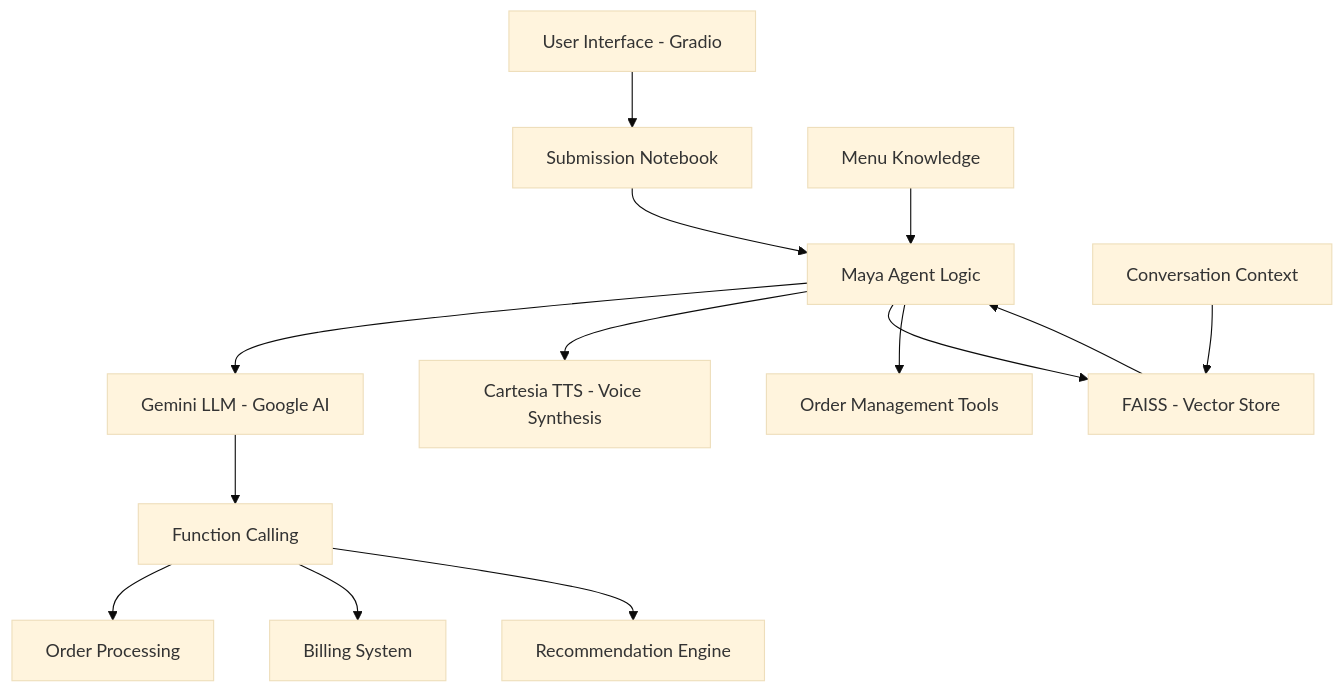
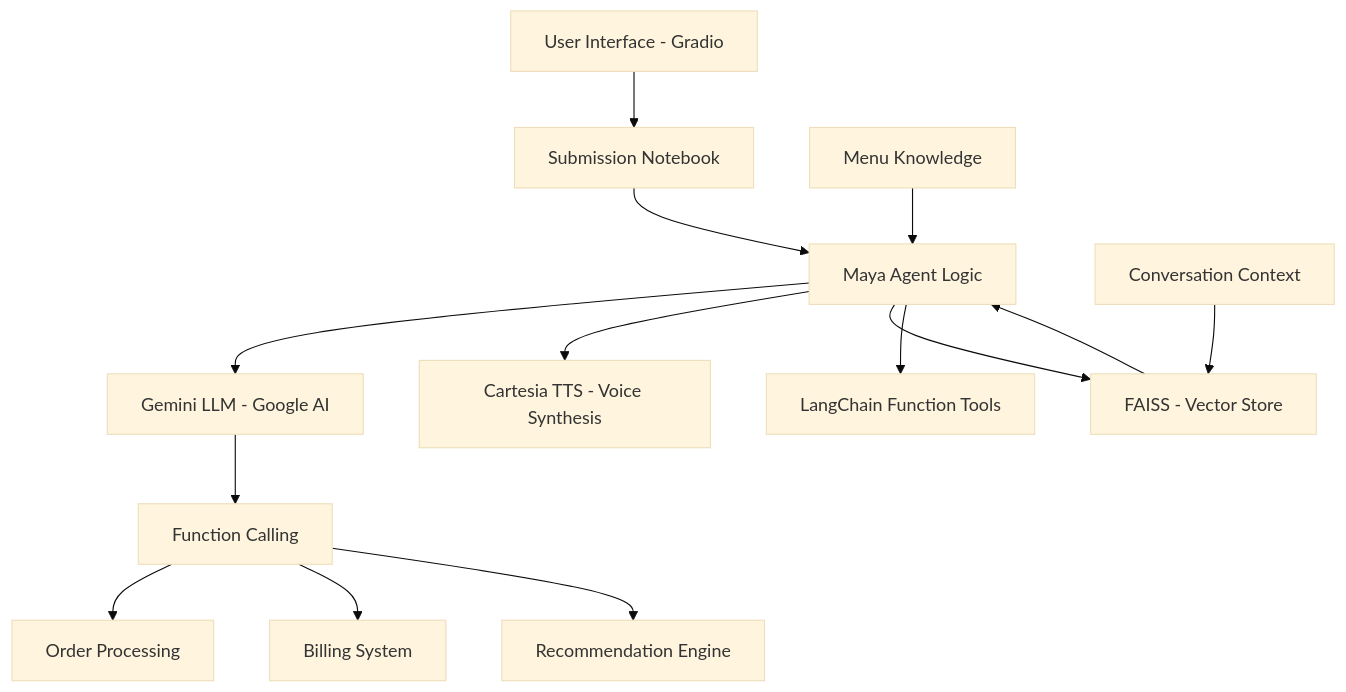
Before and after one commit to MOK-5-ha/MayaBartendingAgent: the diagram in README.md, drawn with Mermaid (base theme). The commit also changed other lines of this file and 14 other files, not shown here.

````diff
--- a/README.md
+++ b/README.md
@@ -75,18 +75,18 @@
 ```mermaid
 graph TB
     A[User Interface - Gradio] --> B[Submission Notebook]
     B --> C[Maya Agent Logic]
     C --> D[Gemini LLM - Google AI]
     C --> E[Cartesia TTS - Voice Synthesis]
     C --> F[FAISS - Vector Store]
-    C --> G[Order Management Tools]
+    C --> G[LangChain Function Tools]
     
     H[Menu Knowledge] --> C
     I[Conversation Context] --> F
     F --> C
     
     D --> J[Function Calling]
     J --> K[Order Processing]
     J --> L[Billing System]
     J --> M[Recommendation Engine]
 ```
````
